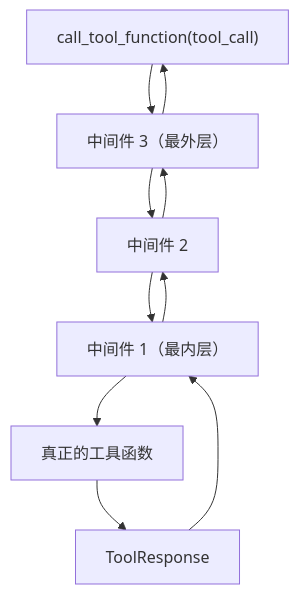
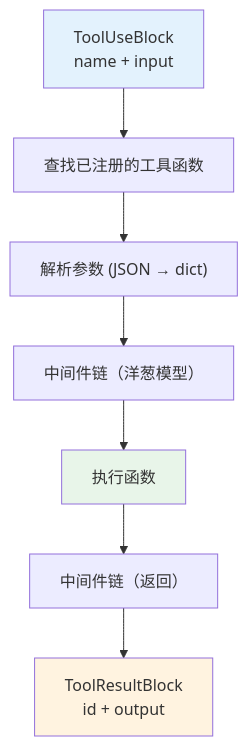
One commit to agentscope-ai/agentscope changed the third of 3 diagrams in teaching/book/volume-1-journey/ch10-toolkit.md. Above: the diagram before and after it, drawn with Mermaid. The commit also changed other lines of this file, not shown here.

````diff
--- a/teaching/book/volume-1-journey/ch10-toolkit.md
+++ b/teaching/book/volume-1-journey/ch10-toolkit.md
@@ -280,12 +159,13 @@
 ```mermaid
-flowchart TD
-    A["call_tool_function(tool_call)"] --> B["中间件 3（最外层）"]
-    B --> C["中间件 2"]
-    C --> D["中间件 1（最内层）"]
-    D --> E["真正的工具函数"]
-    E --> F["ToolResponse"]
-    F --> D
-    D --> C
-    C --> B
-    B --> A
+graph TD
+    Input["ToolUseBlock<br/>name + input"] --> Lookup["查找已注册的工具函数"]
+    Lookup --> Parse["解析参数 (JSON → dict)"]
+    Parse --> Middleware["中间件链（洋葱模型）"]
+    Middleware --> Execute["执行函数"]
+    Execute --> Middleware2["中间件链（返回）"]
+    Middleware2 --> Result["ToolResultBlock<br/>id + output"]
+
+    style Input fill:#e3f2fd
+    style Execute fill:#e8f5e9
+    style Result fill:#fff3e0
 ```
````
